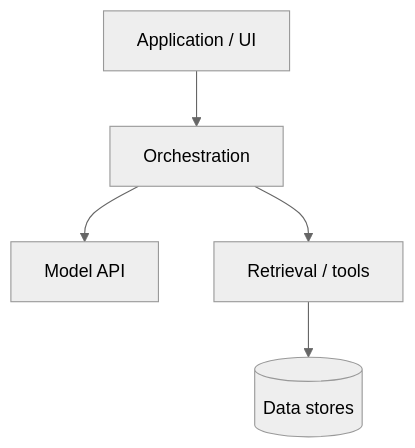
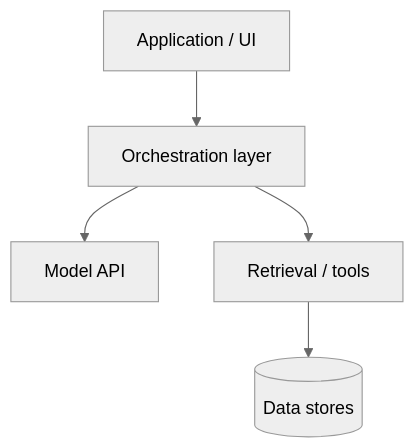
Before and after one commit to sharifruet/books-llm: the first of 2 diagrams in from-prompts-to-systems/from-prompts-to-systems.md, drawn with Mermaid (neutral theme). The commit also changed other lines of this file and 19 other files, not shown here.

````diff
--- a/from-prompts-to-systems/from-prompts-to-systems.md
+++ b/from-prompts-to-systems/from-prompts-to-systems.md
@@ -118,7 +127,7 @@
 ```mermaid
 flowchart TB
-  UI[Application / UI] --> ORCH[Orchestration]
+  UI[Application / UI] --> ORCH[Orchestration layer]
   ORCH --> API[Model API]
   ORCH --> RET[Retrieval / tools]
   RET --> STORE[(Data stores)]
 ```
````
